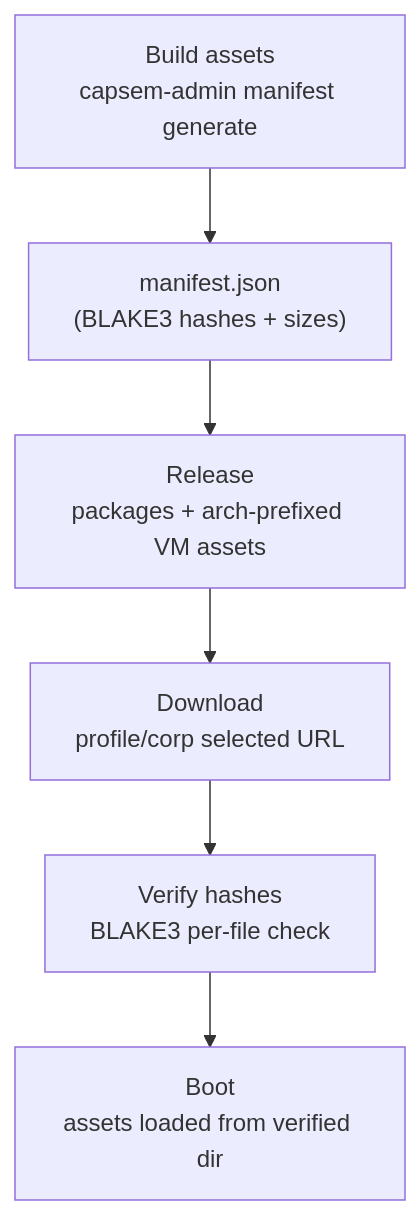
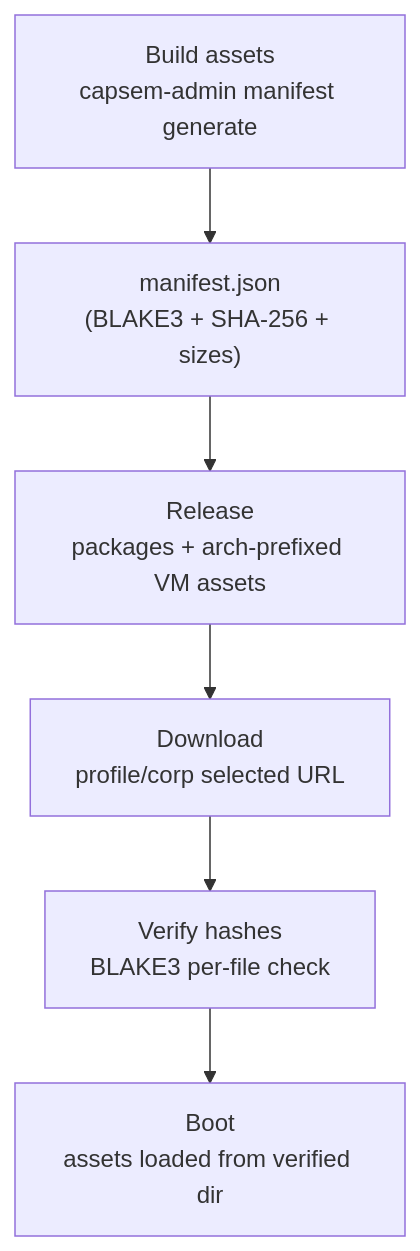
One commit to google/capsem changed the second of 2 diagrams in docs/src/content/docs/security/build-verification.md. Above: the diagram before and after it, drawn with Mermaid. The commit also changed other lines of this file and 21 other files, not shown here.

````diff
--- a/docs/src/content/docs/security/build-verification.md
+++ b/docs/src/content/docs/security/build-verification.md
@@ -140,8 +143,8 @@
 ```mermaid
 graph TD
-    A["Build assets<br/>capsem-admin manifest generate"] --> B["manifest.json<br/>(BLAKE3 hashes + sizes)"]
+    A["Build assets<br/>capsem-admin manifest generate"] --> B["manifest.json<br/>(BLAKE3 + SHA-256 + sizes)"]
     B --> C["Release<br/>packages + arch-prefixed VM assets"]
     C --> D["Download<br/>profile/corp selected URL"]
     D --> E["Verify hashes<br/>BLAKE3 per-file check"]
     E --> F["Boot<br/>assets loaded from verified dir"]
 ```
````
